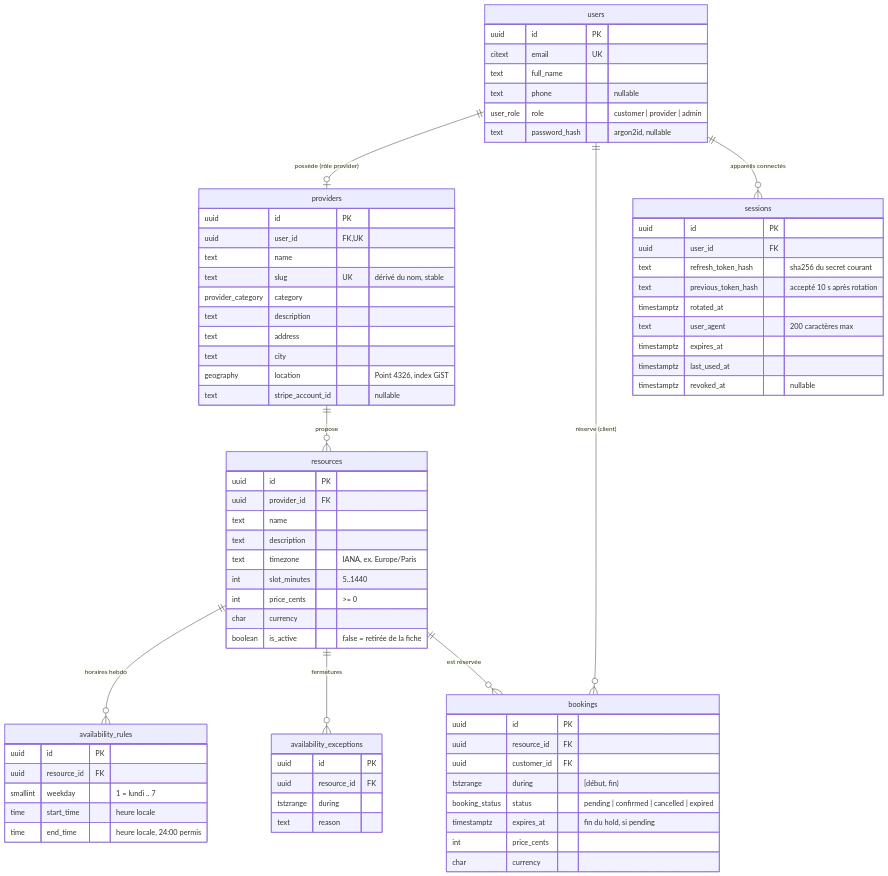
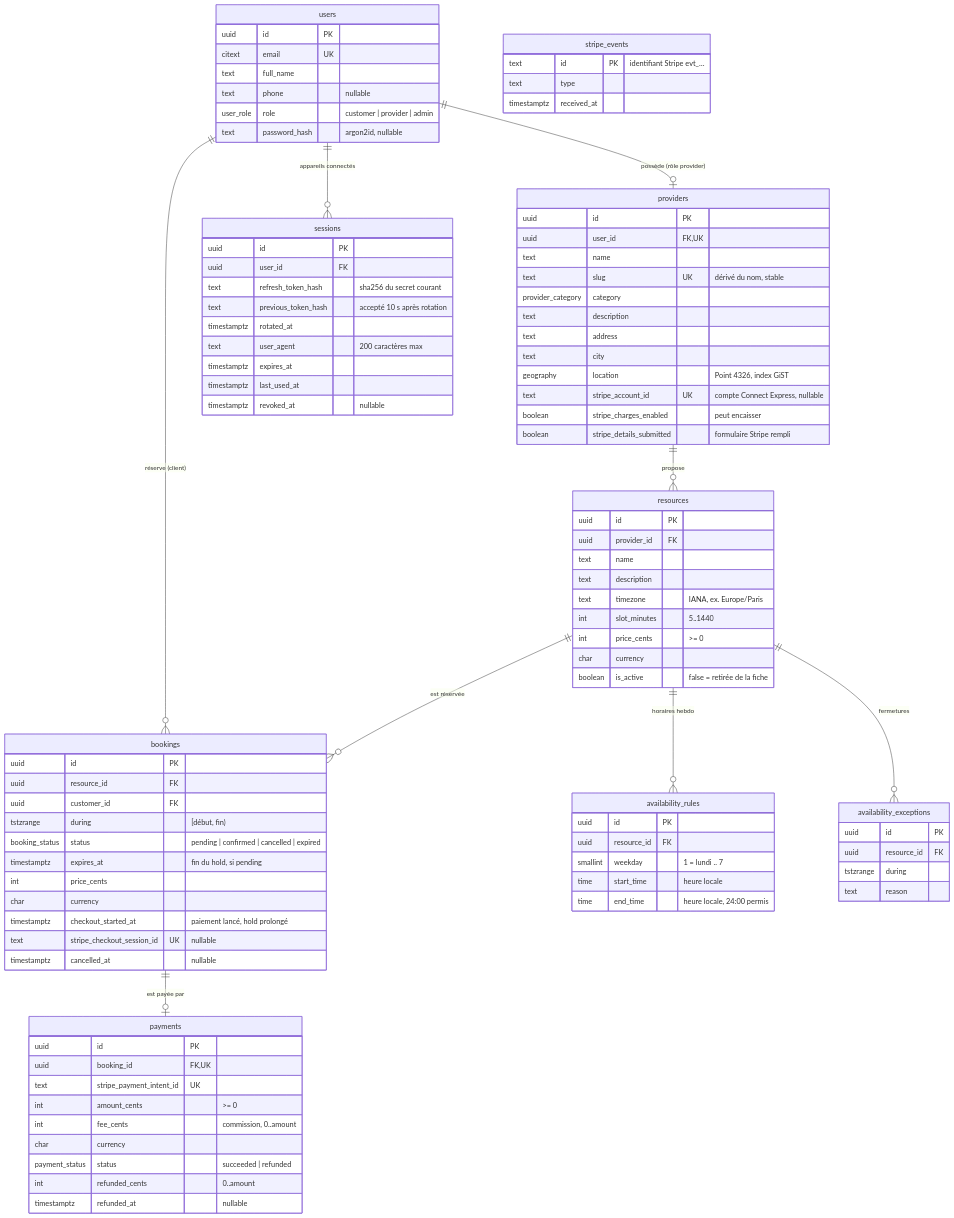
Before and after one commit to KasselFelix/Creno: the diagram in docs/schema.md, drawn with Mermaid. The commit also changed other lines of this file and 11 other files, not shown here.

Commit message:
feat(payments): return from Stripe through a public page, document payments (ADR 0009)

````diff
--- a/docs/schema.md
+++ b/docs/schema.md
@@ -11,6 +11,7 @@
   resources ||--o{ availability_rules : "horaires hebdo"
   resources ||--o{ availability_exceptions : fermetures
   resources ||--o{ bookings : "est réservée"
+  bookings ||--o| payments : "est payée par"
 
   users {
     uuid id PK
@@ -41,7 +42,9 @@
     text address
     text city
     geography location "Point 4326, index GiST"
-    text stripe_account_id "nullable"
+    text stripe_account_id UK "compte Connect Express, nullable"
+    boolean stripe_charges_enabled "peut encaisser"
+    boolean stripe_details_submitted "formulaire Stripe rempli"
   }
   resources {
     uuid id PK
@@ -76,5 +79,24 @@
     timestamptz expires_at "fin du hold, si pending"
     int price_cents
     char currency
+    timestamptz checkout_started_at "paiement lancé, hold prolongé"
+    text stripe_checkout_session_id UK "nullable"
+    timestamptz cancelled_at "nullable"
+  }
+  payments {
+    uuid id PK
+    uuid booking_id FK,UK
+    text stripe_payment_intent_id UK
+    int amount_cents ">= 0"
+    int fee_cents "commission, 0..amount"
+    char currency
+    payment_status status "succeeded | refunded"
+    int refunded_cents "0..amount"
+    timestamptz refunded_at "nullable"
+  }
+  stripe_events {
+    text id PK "identifiant Stripe evt_…"
+    text type
+    timestamptz received_at
   }
 ```
````
